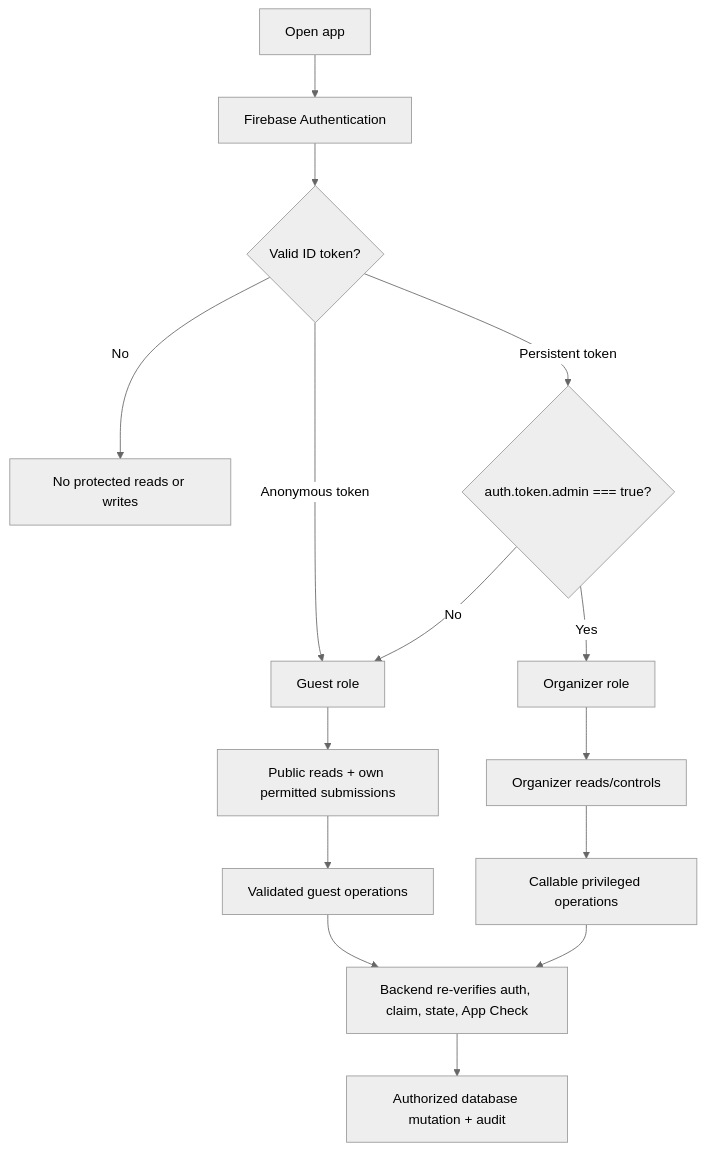
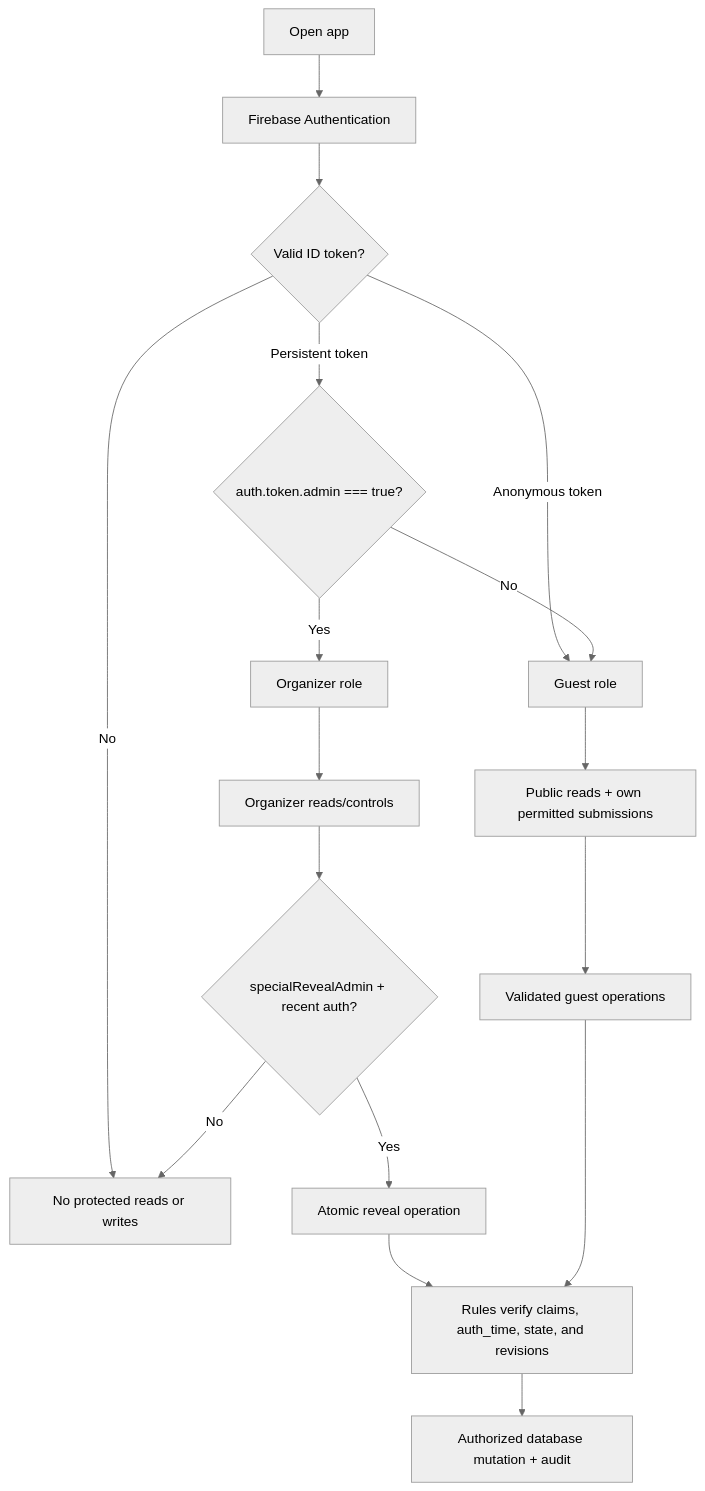
The first of 2 diagrams in docs/security-model.md (so-mb/games-and-castles), drawn with Mermaid (neutral theme) before and after one commit. The commit also changed other lines of this file and 58 other files, not shown here.

````diff
--- a/docs/security-model.md
+++ b/docs/security-model.md
@@ -51,17 +52,19 @@
 ```mermaid
 flowchart TD
     U["Open app"] --> A["Firebase Authentication"]
     A --> T{"Valid ID token?"}
     T -->|"No"| X["No protected reads or writes"]
     T -->|"Anonymous token"| G["Guest role"]
     T -->|"Persistent token"| C{"auth.token.admin === true?"}
     C -->|"No"| G
     C -->|"Yes"| O["Organizer role"]
     G --> GP["Public reads + own permitted submissions"]
     O --> OP["Organizer reads/controls"]
-    OP --> F["Callable privileged operations"]
+    OP --> R{"specialRevealAdmin + recent auth?"}
+    R -->|"Yes"| F["Atomic reveal operation"]
+    R -->|"No"| X
     GP --> GF["Validated guest operations"]
-    F --> V["Backend re-verifies auth, claim, state, App Check"]
+    F --> V["Rules verify claims, auth_time, state, and revisions"]
     GF --> V
     V --> D["Authorized database mutation + audit"]
 ```
````
